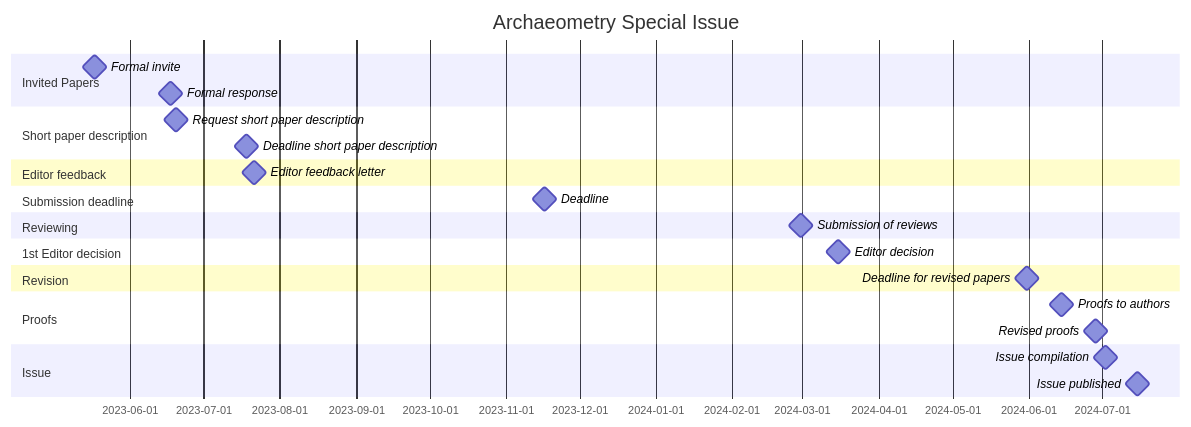
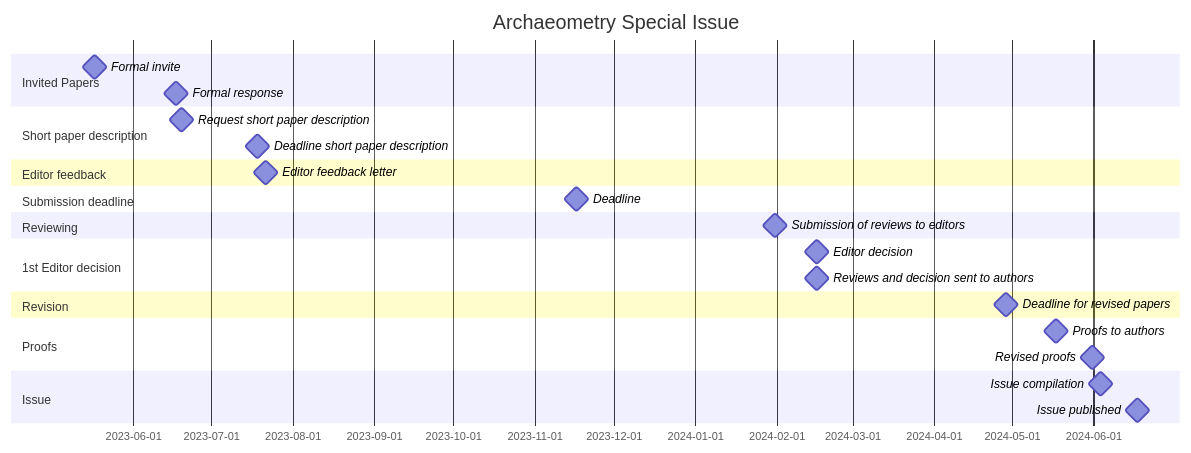
The diagram in README.md (historical-time/archaeometry-si), drawn with Mermaid before and after one commit.

````diff
--- a/README.md
+++ b/README.md
@@ -8,28 +8,29 @@
 ```mermaid
 gantt
     title Archaeometry Special Issue
     dateFormat  YYYY-MM-DD
     section Invited Papers
     Formal invite                    : milestone, m0, 2023-05-17, 1d
     Formal response                  : milestone, m0, 2023-06-17, 1d
     section Short paper description
     Request short paper description  : milestone, m0, 2023-06-19, 1d
     Deadline short paper description : milestone, m0, 2023-07-18, 1d
     section Editor feedback
     Editor feedback letter           : milestone, m1, 2023-07-21, 1d
     section Submission deadline
     Deadline                         : milestone, m1, 2023-11-17, 1d %% Soft deadline
     %% Hard deadline                 : milestone, m1, 2023-11-30, 1d %% Hard deadline
     section Reviewing
-    Submission of reviews	         : milestone, m1, 2024-02-29, 1d
+    Submission of reviews to editors   : milestone, m1, 2024-01-31, 1d
     section 1st Editor decision
-    Editor decision                  : milestone, m2, 2024-03-15, 1d
+    Editor decision                     : milestone, m2, 2024-02-16, 1d
+    Reviews and decision sent to authors: milestone, m2, 2024-02-16, 1d
     section Revision
-    Deadline for revised papers      : milestone, m2, 2024-05-31, 1d
+    Deadline for revised papers      : milestone, m2, 2024-04-28, 1d
     section Proofs
-    Proofs to authors                : milestone, m2, 2024-06-14, 1d
-    Revised proofs                   : milestone, m2, 2024-06-28, 1d
+    Proofs to authors                : milestone, m2, 2024-05-17, 1d
+    Revised proofs                   : milestone, m2, 2024-05-31, 1d
     section Issue
-    Issue compilation                : milestone, m2, 2024-07-02, 1d
-    Issue published                  : milestone, m2, 2024-07-15, 1d
+    Issue compilation                : milestone, m2, 2024-06-03, 1d
+    Issue published                  : milestone, m2, 2024-06-17, 1d
 ```
````
